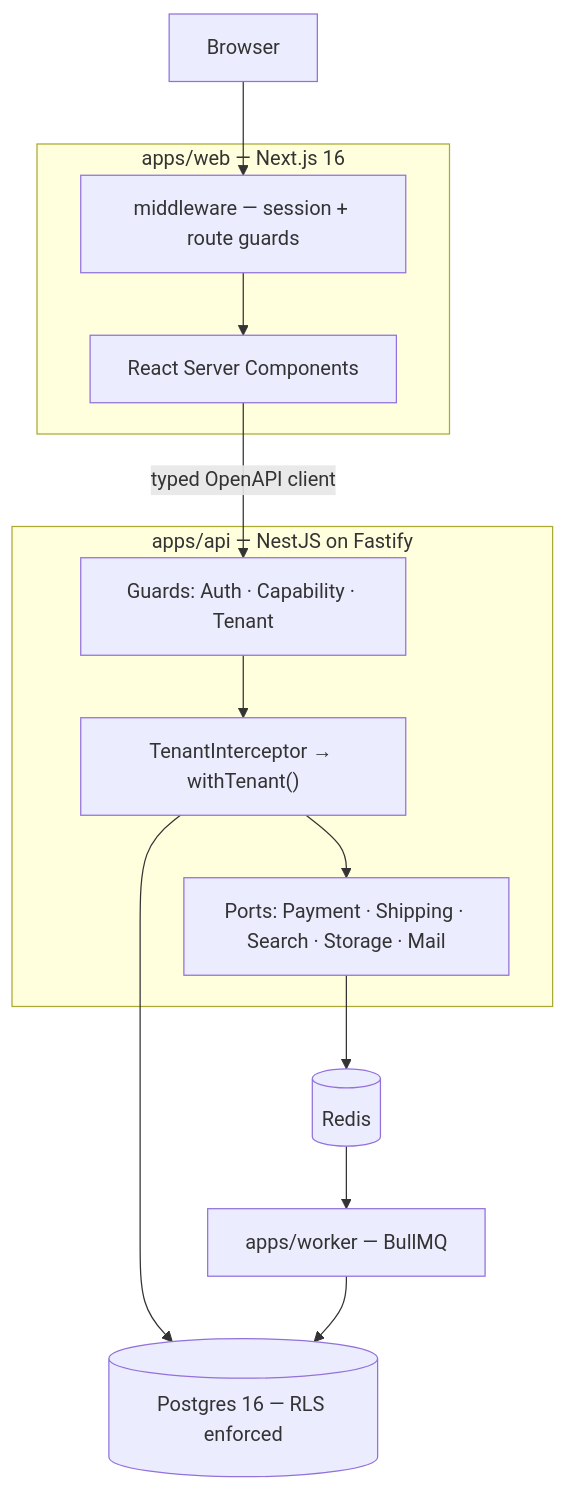
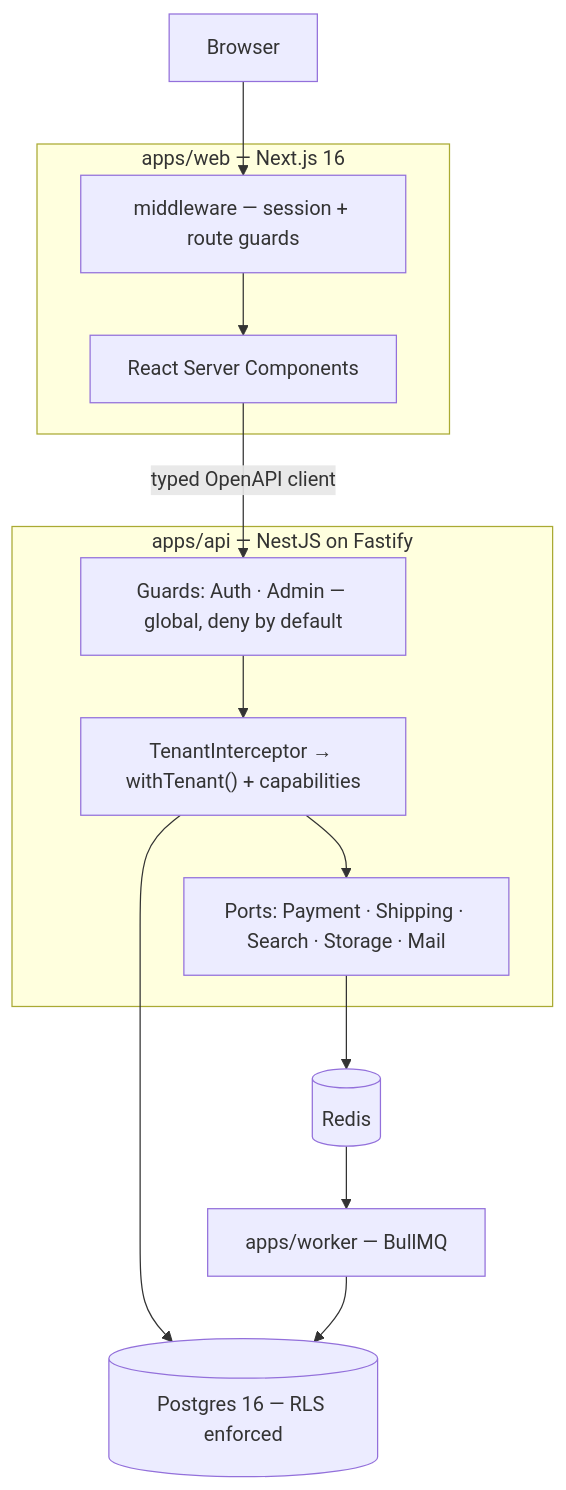
One commit to iamshihab2020/hossain-pharma changed the diagram in README.md. Above: the diagram before and after it, drawn with Mermaid. The commit also changed other lines of this file and 148 other files, not shown here.

````diff
--- a/README.md
+++ b/README.md
@@ -102,23 +120,23 @@
 ```mermaid
 graph TB
     B["Browser"]
     subgraph WEB["apps/web — Next.js 16"]
         RSC["React Server Components"]
         MW["middleware — session + route guards"]
     end
     subgraph API["apps/api — NestJS on Fastify"]
-        G["Guards: Auth · Capability · Tenant"]
-        I["TenantInterceptor → withTenant()"]
+        G["Guards: Auth · Admin — global, deny by default"]
+        I["TenantInterceptor → withTenant() + capabilities"]
         P["Ports: Payment · Shipping · Search · Storage · Mail"]
     end
     W["apps/worker — BullMQ"]
     DB[("Postgres 16 — RLS enforced")]
     R[("Redis")]
 
     B --> MW --> RSC
     RSC -->|typed OpenAPI client| G
     G --> I --> P
     I --> DB
     W --> DB
     P --> R --> W
 ```
````
